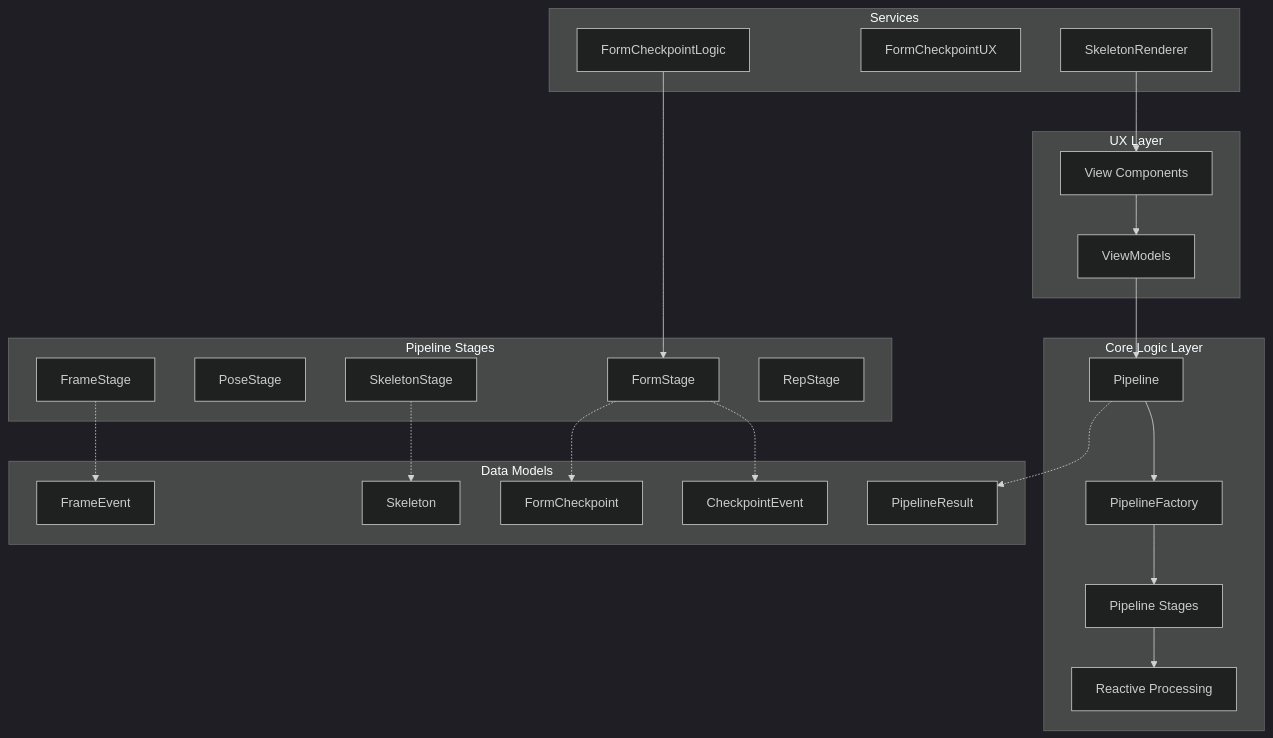
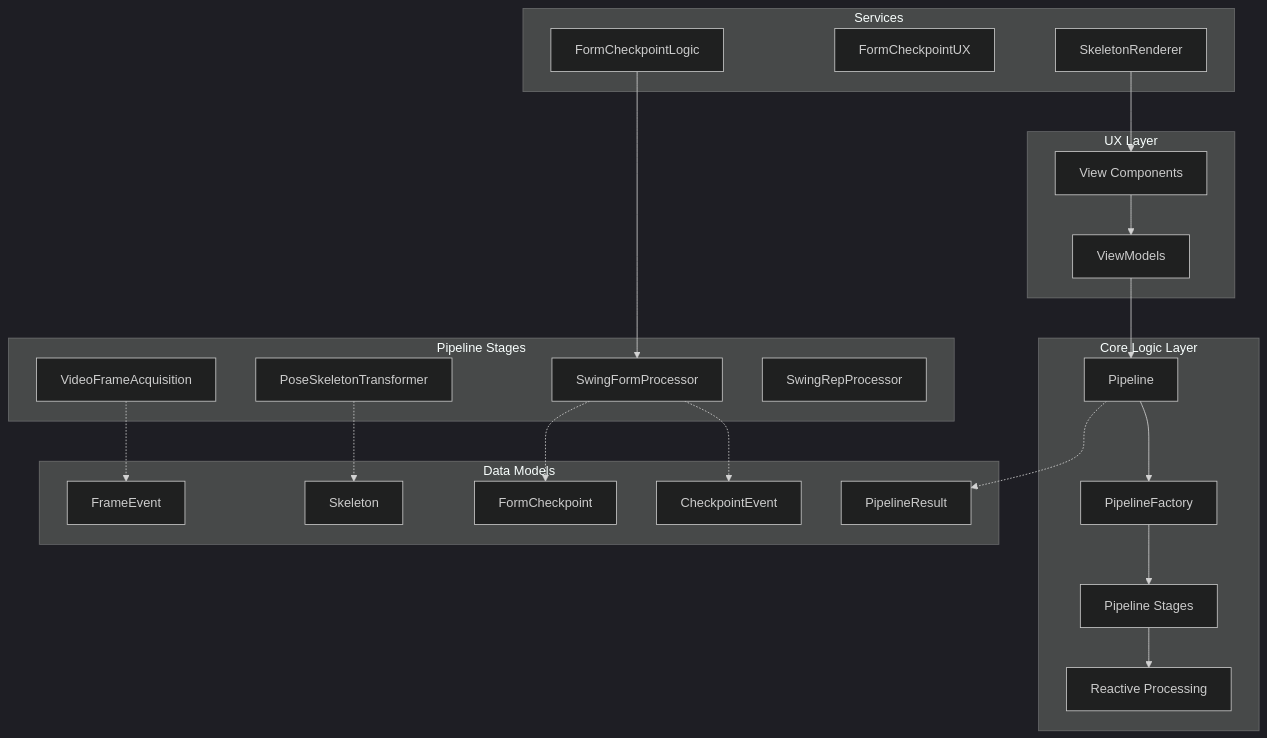
One commit to idvorkin/swing-analyzer changed the first of 2 diagrams in ARCHITECTURE.md. Above: the diagram before and after it, drawn with Mermaid (dark theme). The commit also changed other lines of this file and 9 other files, not shown here.

````diff
--- a/ARCHITECTURE.md
+++ b/ARCHITECTURE.md
@@ -7,43 +7,42 @@
 ```mermaid
 graph TD
     subgraph "UX Layer"
         A1[View Components] --> A2[ViewModels]
     end
     
     subgraph "Core Logic Layer"
         B1[Pipeline] --> B2[PipelineFactory]
         B2 --> B3[Pipeline Stages]
         B3 --> B4[Reactive Processing]
     end
     
     subgraph "Pipeline Stages"
-        C1[FrameStage]
-        C2[PoseStage]
-        C3[SkeletonStage]
-        C4[FormStage]
-        C5[RepStage]
+        C1[VideoFrameAcquisition]
+        C2[PoseSkeletonTransformer]
+        C3[SwingFormProcessor]
+        C4[SwingRepProcessor]
     end
     
     subgraph "Data Models"
         D1[Skeleton]
         D2[FormCheckpoint]
         D3[PipelineResult]
         D4[FrameEvent]
         D5[CheckpointEvent]
     end
     
     subgraph "Services"
         E2[FormCheckpointLogic]
         E3[FormCheckpointUX]
         E4[SkeletonRenderer]
     end
     
     A2 --> B1
     B1 -.-> D3
     C1 -.-> D4
-    C4 -.-> D5
-    C3 -.-> D1
-    C4 -.-> D2
-    E2 --> C4
+    C3 -.-> D5
+    C2 -.-> D1
+    C3 -.-> D2
+    E2 --> C3
     E4 --> A1
 ```
````
